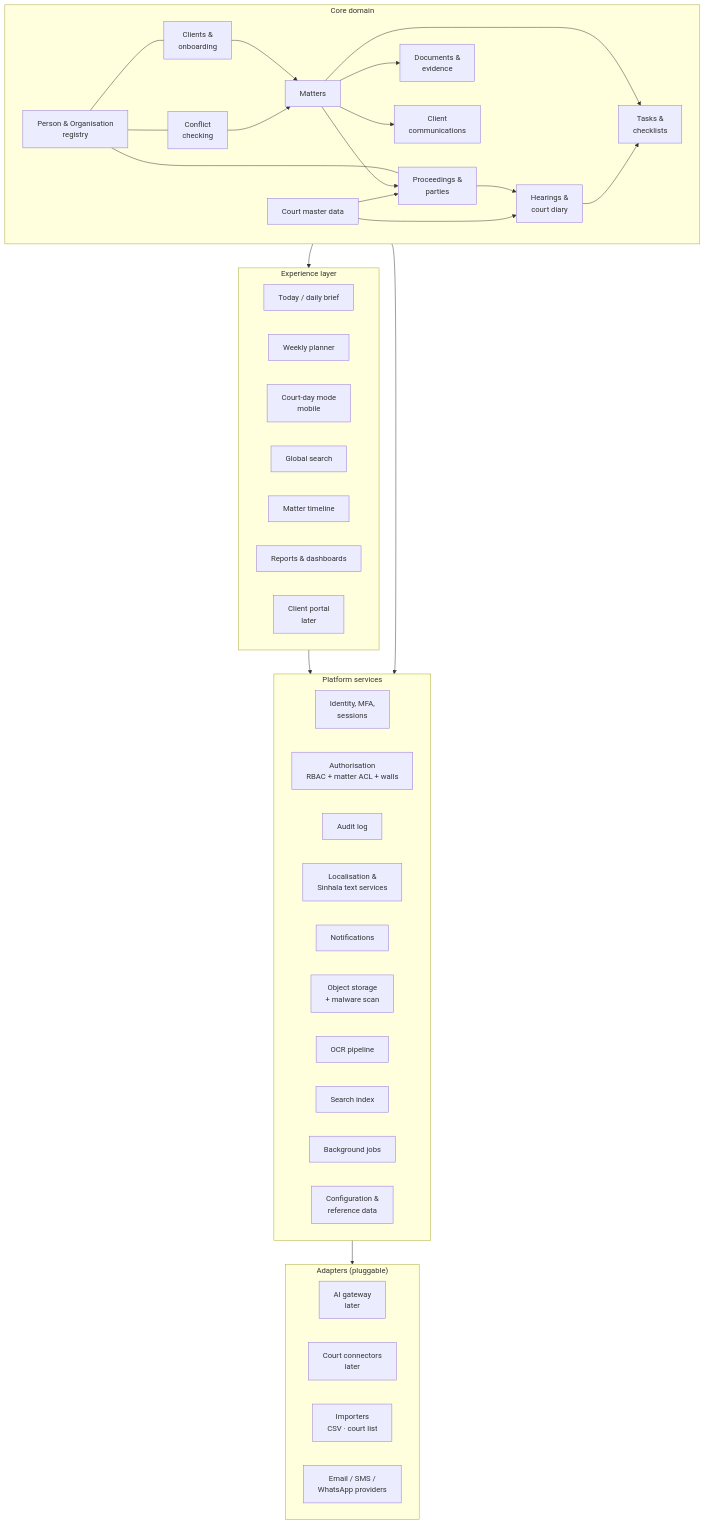
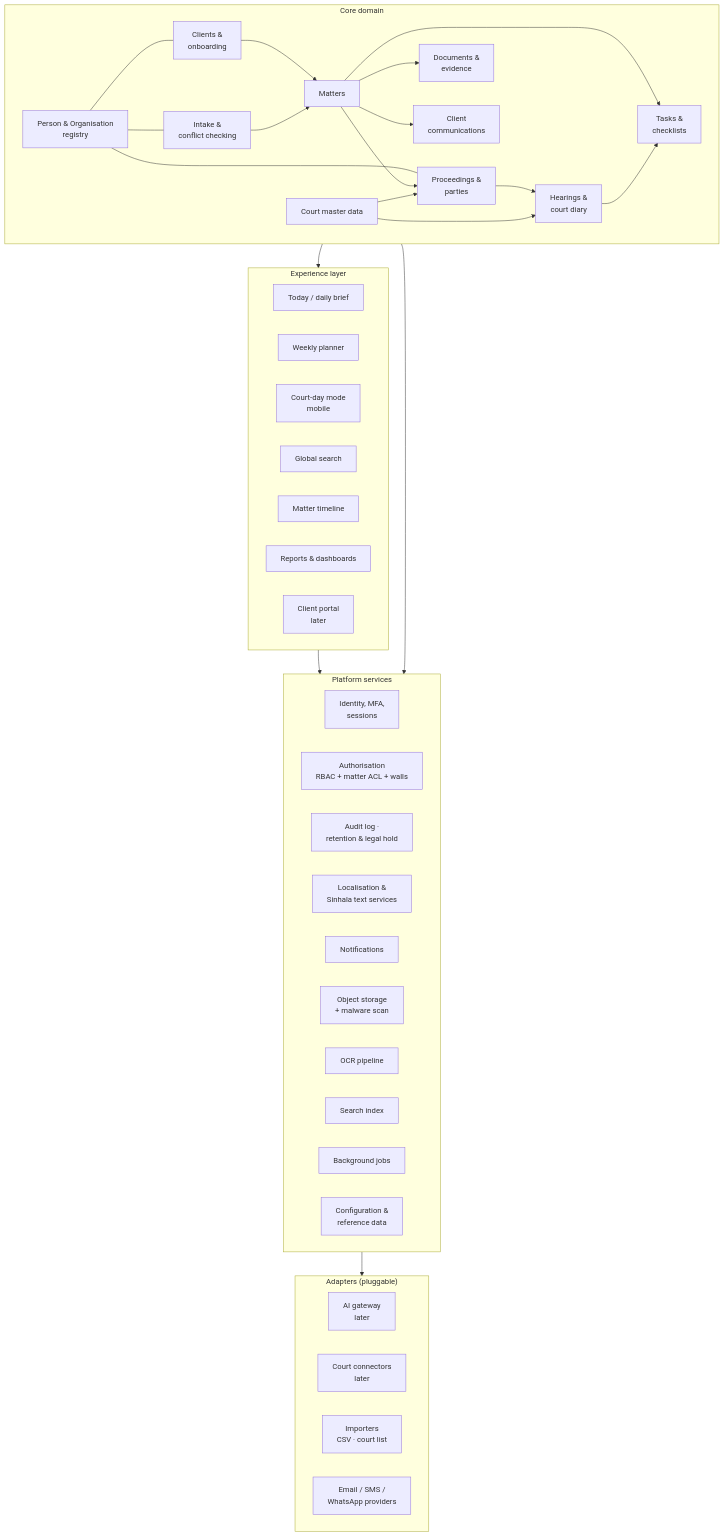
The second of 3 diagrams in docs/diagrams/system-map.md (nipuna-cloudsecadvisors/NithiDesk), drawn with Mermaid before and after one commit. The commit also changed other lines of this file and 22 other files, not shown here.

````diff
--- a/docs/diagrams/system-map.md
+++ b/docs/diagrams/system-map.md
@@ -29,58 +31,58 @@
 ```mermaid
 flowchart TB
     subgraph Core["Core domain"]
         REG[Person & Organisation<br/>registry]
         CLI[Clients &<br/>onboarding]
-        CON[Conflict<br/>checking]
+        CON[Intake &<br/>conflict checking]
         MAT[Matters]
         CRT[Court master data]
         PRO[Proceedings &<br/>parties]
         HEA[Hearings &<br/>court diary]
         DOC[Documents &<br/>evidence]
         TSK[Tasks &<br/>checklists]
         COM[Client<br/>communications]
     end
 
     subgraph Experience["Experience layer"]
         TODAY[Today / daily brief]
         WEEK[Weekly planner]
         COURT[Court-day mode<br/>mobile]
         SRCH[Global search]
         TL[Matter timeline]
         RPT[Reports & dashboards]
         PORTAL[Client portal<br/>later]
     end
 
     subgraph Platform["Platform services"]
         IAM[Identity, MFA,<br/>sessions]
         AUTHZ[Authorisation<br/>RBAC + matter ACL + walls]
-        AUD[Audit log]
+        AUD[Audit log ·<br/>retention & legal hold]
         I18N[Localisation &<br/>Sinhala text services]
         NOTIF[Notifications]
         STORE[Object storage<br/>+ malware scan]
         OCR[OCR pipeline]
         IDX[Search index]
         JOBS[Background jobs]
         CFG[Configuration &<br/>reference data]
     end
 
     subgraph Edge["Adapters (pluggable)"]
         AIGW[AI gateway<br/>later]
         CCON[Court connectors<br/>later]
         IMP[Importers<br/>CSV · court list]
         MSG[Email / SMS /<br/>WhatsApp providers]
     end
 
     REG --- CLI & CON & PRO
     CLI --> MAT
     CON --> MAT
     MAT --> PRO --> HEA
     MAT --> DOC & TSK & COM
     HEA --> TSK
     CRT --> PRO & HEA
 
     Core --> Experience
     Experience --> Platform
     Core --> Platform
     Platform --> Edge
 ```
````
